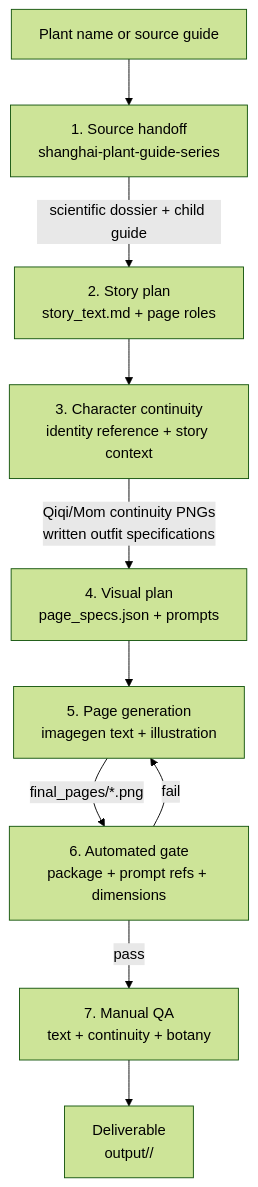
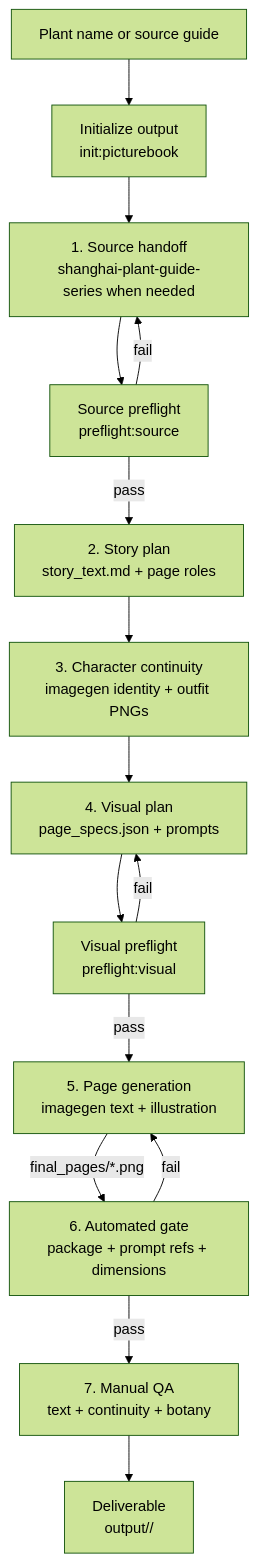
One commit to shiqian/family-picturebook-generator changed the diagram in README.md. Above: the diagram before and after it, drawn with Mermaid (forest theme). The commit also changed other lines of this file, not shown here.

Commit message:
Document staged picturebook workflow

````diff
--- a/README.md
+++ b/README.md
@@ -37,12 +37,17 @@
 ```mermaid
 flowchart TD
-    A["Plant name or source guide"] --> B["1. Source handoff<br/>shanghai-plant-guide-series"]
-    B -->|scientific dossier + child guide| C["2. Story plan<br/>story_text.md + page roles"]
-    C --> D["3. Character continuity<br/>identity reference + story context"]
-    D -->|Qiqi/Mom continuity PNGs<br/>written outfit specifications| E["4. Visual plan<br/>page_specs.json + prompts"]
-    E --> F["5. Page generation<br/>imagegen text + illustration"]
-    F -->|final_pages/*.png| G["6. Automated gate<br/>package + prompt refs + dimensions"]
-    G -->|pass| H["7. Manual QA<br/>text + continuity + botany"]
-    G -->|fail| F
-    H --> I["Deliverable<br/>output/<plant-slug>/"]
+    A["Plant name or source guide"] --> B["Initialize output<br/>init:picturebook"]
+    B --> C["1. Source handoff<br/>shanghai-plant-guide-series when needed"]
+    C --> D["Source preflight<br/>preflight:source"]
+    D -->|pass| E["2. Story plan<br/>story_text.md + page roles"]
+    D -->|fail| C
+    E --> F["3. Character continuity<br/>imagegen identity + outfit PNGs"]
+    F --> G["4. Visual plan<br/>page_specs.json + prompts"]
+    G --> H["Visual preflight<br/>preflight:visual"]
+    H -->|pass| I["5. Page generation<br/>imagegen text + illustration"]
+    H -->|fail| G
+    I -->|final_pages/*.png| J["6. Automated gate<br/>package + prompt refs + dimensions"]
+    J -->|pass| K["7. Manual QA<br/>text + continuity + botany"]
+    J -->|fail| I
+    K --> L["Deliverable<br/>output/<plant-slug>/"]
 ```
````
